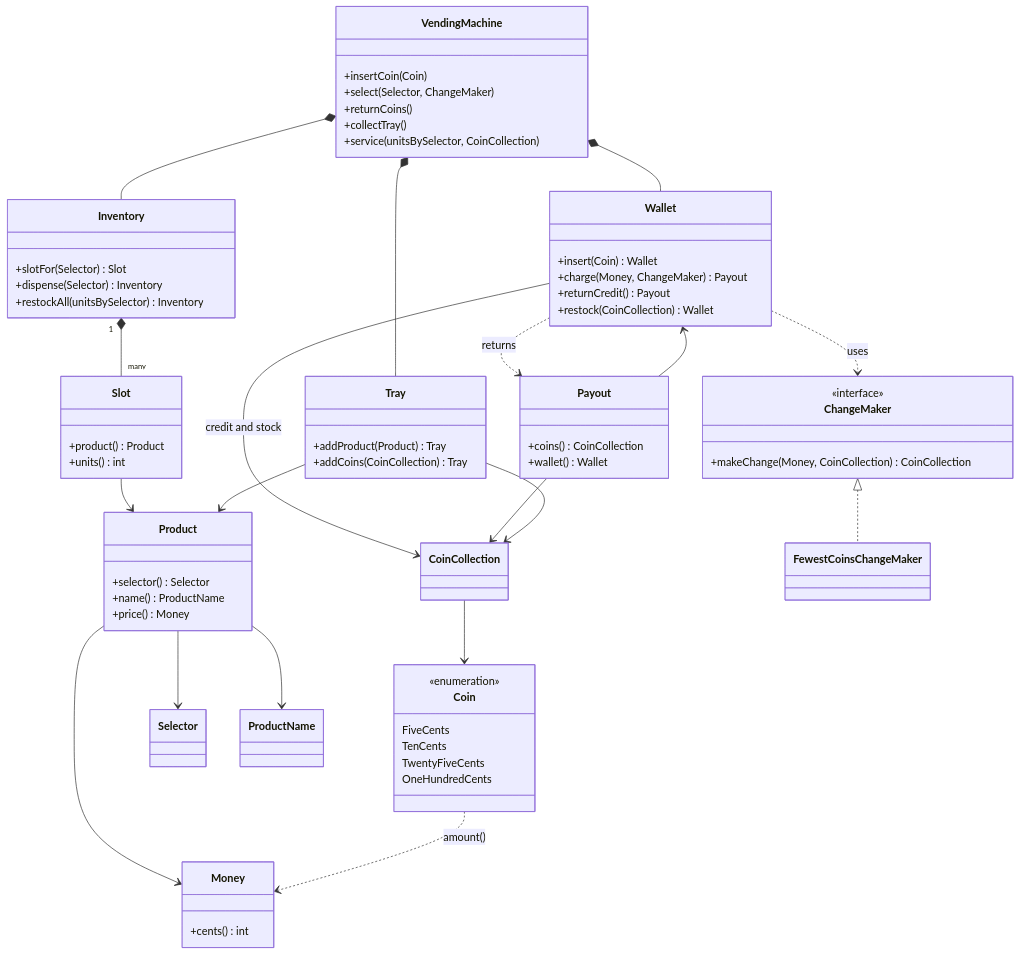
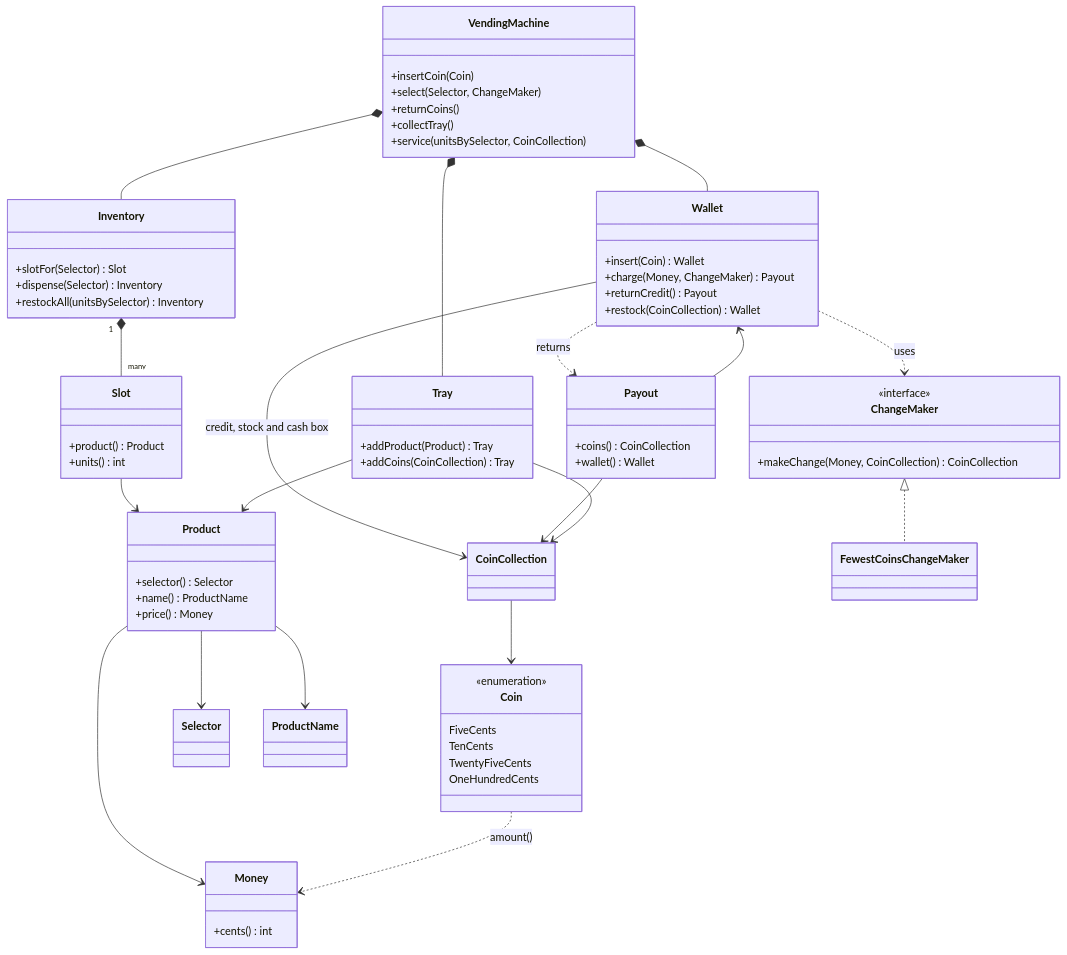
The fourth of 8 diagrams in docs/design.md (prubiella/vending-machine-challenge), drawn with Mermaid before and after one commit. The commit also changed other lines of this file and 2 other files, not shown here.

Commit message:
docs: describe the cash box in the persistence paragraphs, ADR 8 and the HTTP service

````diff
--- a/docs/design.md
+++ b/docs/design.md
@@ -155,72 +155,72 @@
 ```mermaid
 classDiagram
     class VendingMachine {
         +insertCoin(Coin)
         +select(Selector, ChangeMaker)
         +returnCoins()
         +collectTray()
         +service(unitsBySelector, CoinCollection)
     }
     class Inventory {
         +slotFor(Selector) Slot
         +dispense(Selector) Inventory
         +restockAll(unitsBySelector) Inventory
     }
     class Slot {
         +product() Product
         +units() int
     }
     class Product {
         +selector() Selector
         +name() ProductName
         +price() Money
     }
     class Wallet {
         +insert(Coin) Wallet
         +charge(Money, ChangeMaker) Payout
         +returnCredit() Payout
         +restock(CoinCollection) Wallet
     }
     class Payout {
         +coins() CoinCollection
         +wallet() Wallet
     }
     class Tray {
         +addProduct(Product) Tray
         +addCoins(CoinCollection) Tray
     }
     class CoinCollection
     class Coin {
         <<enumeration>>
         FiveCents
         TenCents
         TwentyFiveCents
         OneHundredCents
     }
     class Money {
         +cents() int
     }
     class ChangeMaker {
         <<interface>>
         +makeChange(Money, CoinCollection) CoinCollection
     }
     class FewestCoinsChangeMaker
     VendingMachine *-- Inventory
     VendingMachine *-- Wallet
     VendingMachine *-- Tray
     Inventory "1" *-- "many" Slot
     Slot --> Product
     Product --> Money
     Product --> Selector
     Product --> ProductName
-    Wallet --> CoinCollection : credit and stock
+    Wallet --> CoinCollection : credit, stock and cash box
     Wallet ..> Payout : returns
     Payout --> CoinCollection
     Payout --> Wallet
     Tray --> Product
     Tray --> CoinCollection
     CoinCollection --> Coin
     Coin ..> Money : amount()
     ChangeMaker <|.. FewestCoinsChangeMaker
     Wallet ..> ChangeMaker : uses
 ```
````
